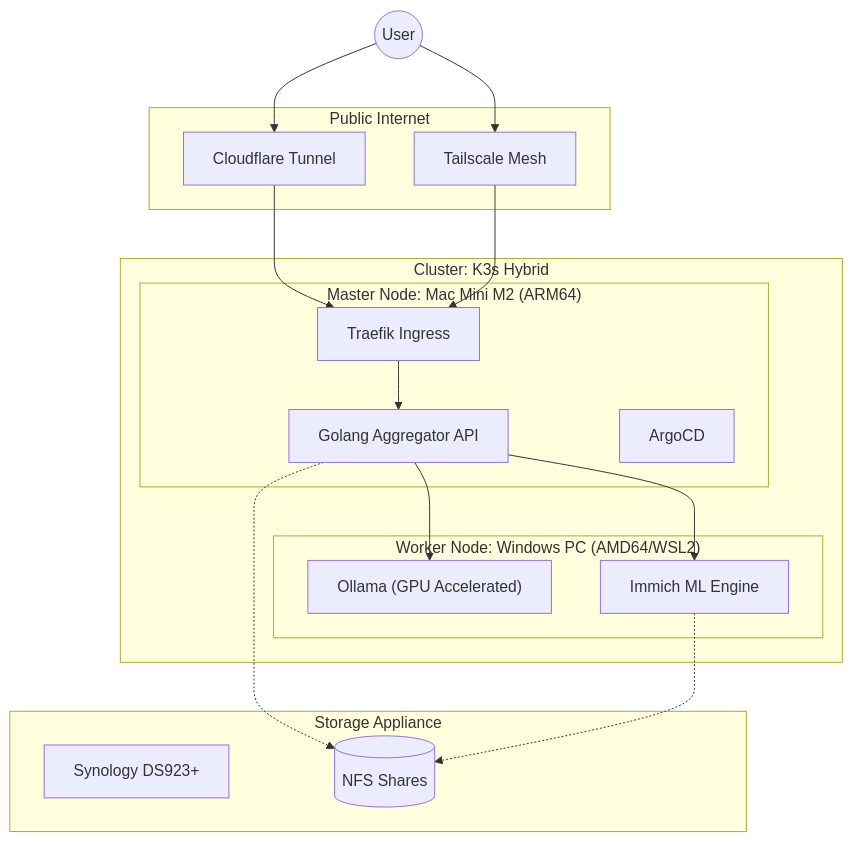
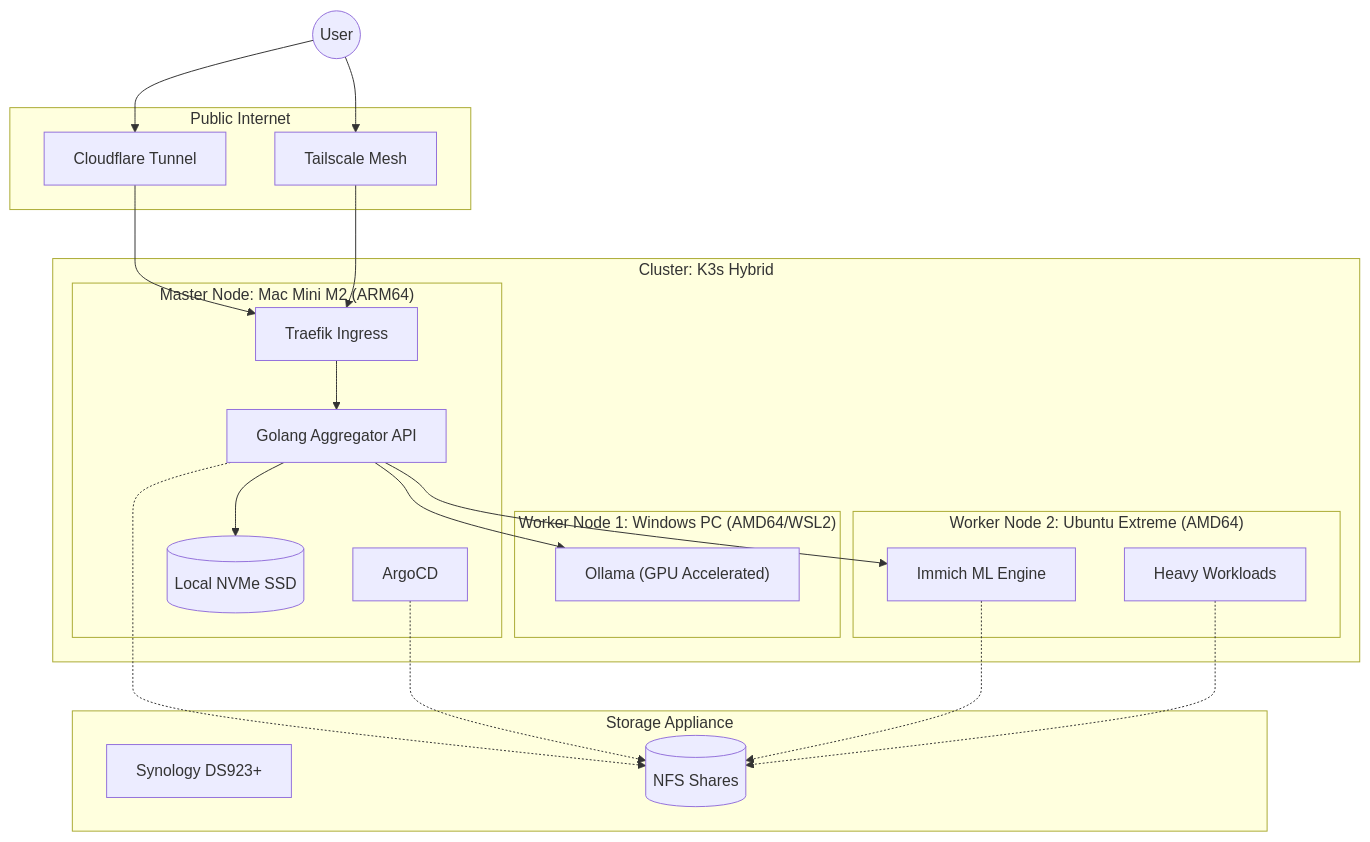
The first of 2 diagrams in README.md (kanokgan/home-brain), drawn with Mermaid before and after one commit.

Commit message:
docs: update Runtime Architecture diagram to enhance clarity and detail on system components

````diff
--- a/README.md
+++ b/README.md
@@ -21,33 +21,38 @@
 ```mermaid
-graph TD
-    subgraph "Public Internet"
-        CF[Cloudflare Tunnel]
-        TS[Tailscale Mesh]
-    end
-
-    subgraph "Cluster: K3s Hybrid"
-        subgraph "Master Node: Mac Mini M2 (ARM64)"
-            Ingress[Traefik Ingress]
-            GoApp[Golang Aggregator API]
-            Argocd[ArgoCD]
-        end
-
-        subgraph "Worker Node: Windows PC (AMD64/WSL2)"
-            Ollama["Ollama (GPU Accelerated)"]
-            ImmichML[Immich ML Engine]
-        end
-    end
-
-    subgraph "Storage Appliance"
-        Synology[Synology DS923+]
-        NFS[(NFS Shares)]
-    end
-
-    User((User)) --> CF --> Ingress
-    User --> TS --> Ingress
+flowchart TB
+ subgraph subGraph0["Public Internet"]
+        CF["Cloudflare Tunnel"]
+        TS["Tailscale Mesh"]
+  end
+ subgraph subGraph1["Master Node: Mac Mini M2 (ARM64)"]
+        Ingress["Traefik Ingress"]
+        GoApp["Golang Aggregator API"]
+        Argocd["ArgoCD"]
+        LocalSSD[("Local NVMe SSD")]
+  end
+ subgraph subGraph2["Worker Node 1: Windows PC (AMD64/WSL2)"]
+        Ollama["Ollama (GPU Accelerated)"]
+  end
+ subgraph subGraph3["Worker Node 2: Ubuntu Extreme (AMD64)"]
+        ImmichML["Immich ML Engine"]
+        Workloads["Heavy Workloads"]
+  end
+ subgraph subGraph4["Cluster: K3s Hybrid"]
+        subGraph1
+        subGraph2
+        subGraph3
+  end
+ subgraph subGraph5["Storage Appliance"]
+        Synology["Synology DS923+"]
+        NFS[("NFS Shares")]
+  end
+    User(("User")) --> CF & TS
+    CF --> Ingress
+    TS --> Ingress
     Ingress --> GoApp
-    GoApp --> Ollama
-    GoApp --> ImmichML
+    GoApp --> Ollama & ImmichML & LocalSSD
     GoApp -.-> NFS
+    Argocd -.-> NFS
     ImmichML -.-> NFS
+    Workloads -.-> NFS
 ```
````
